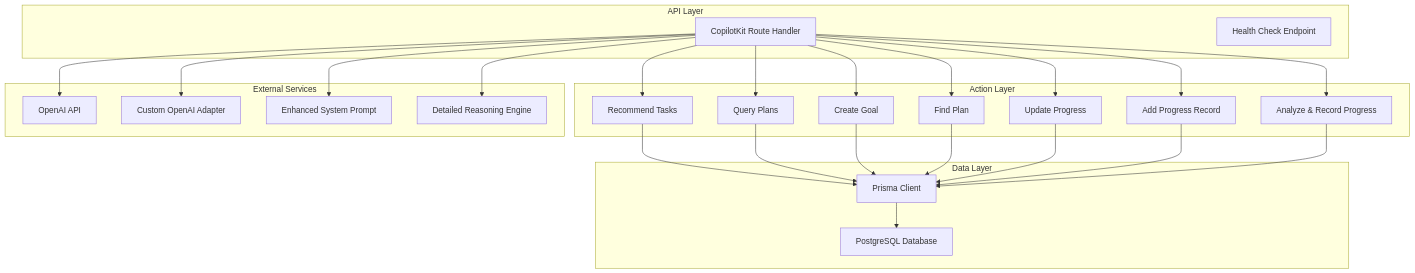
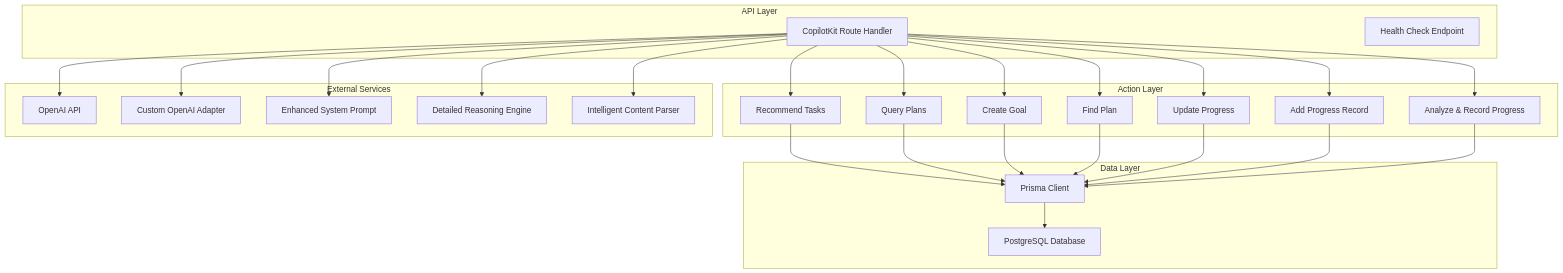
Before and after one commit to peixuanhu/goal-mate: the first of 10 diagrams in .qoder/repowiki/en/content/API Reference/Copilot Integration Endpoints.md, drawn with Mermaid. The commit also changed other lines of this file and 6 other files, not shown here.

````diff
--- a/.qoder/repowiki/en/content/API Reference/Copilot Integration Endpoints.md
+++ b/.qoder/repowiki/en/content/API Reference/Copilot Integration Endpoints.md
@@ -53,45 +52,47 @@
 ```mermaid
 graph TB
 subgraph "API Layer"
 A[CopilotKit Route Handler]
 B[Health Check Endpoint]
 end
 subgraph "Action Layer"
 C[Recommend Tasks]
 D[Query Plans]
 E[Create Goal]
 F[Find Plan]
 G[Update Progress]
 H[Add Progress Record]
 I[Analyze & Record Progress]
 end
 subgraph "Data Layer"
 J[Prisma Client]
 K[PostgreSQL Database]
 end
 subgraph "External Services"
 L[OpenAI API]
 M[Custom OpenAI Adapter]
 N[Enhanced System Prompt]
 O[Detailed Reasoning Engine]
+P[Intelligent Content Parser]
 end
 A --> C
 A --> D
 A --> E
 A --> F
 A --> G
 A --> H
 A --> I
 C --> J
 D --> J
 E --> J
 F --> J
 G --> J
 H --> J
 I --> J
 J --> K
 A --> L
 A --> M
 A --> N
 A --> O
+A --> P
 ```
````
